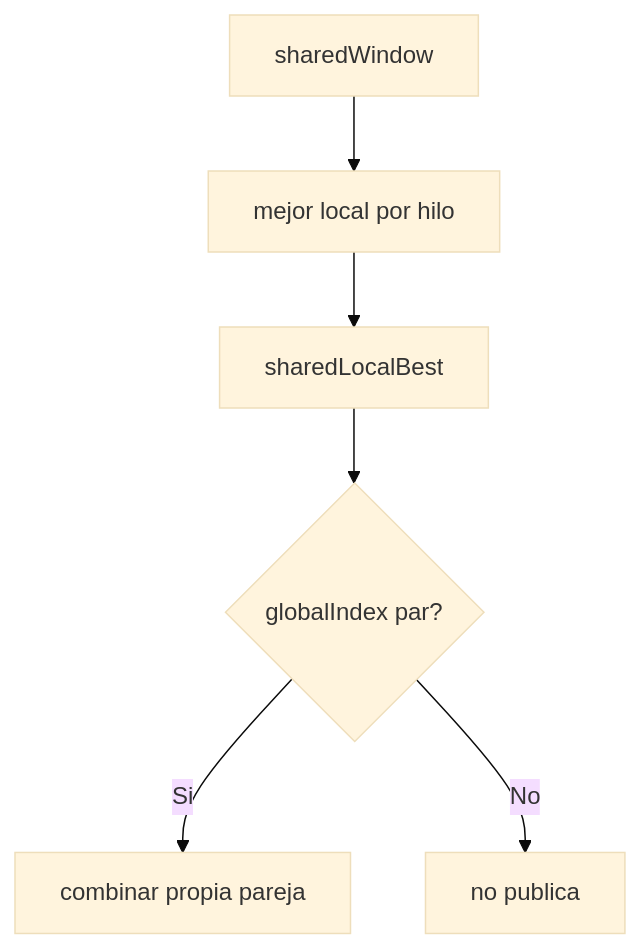
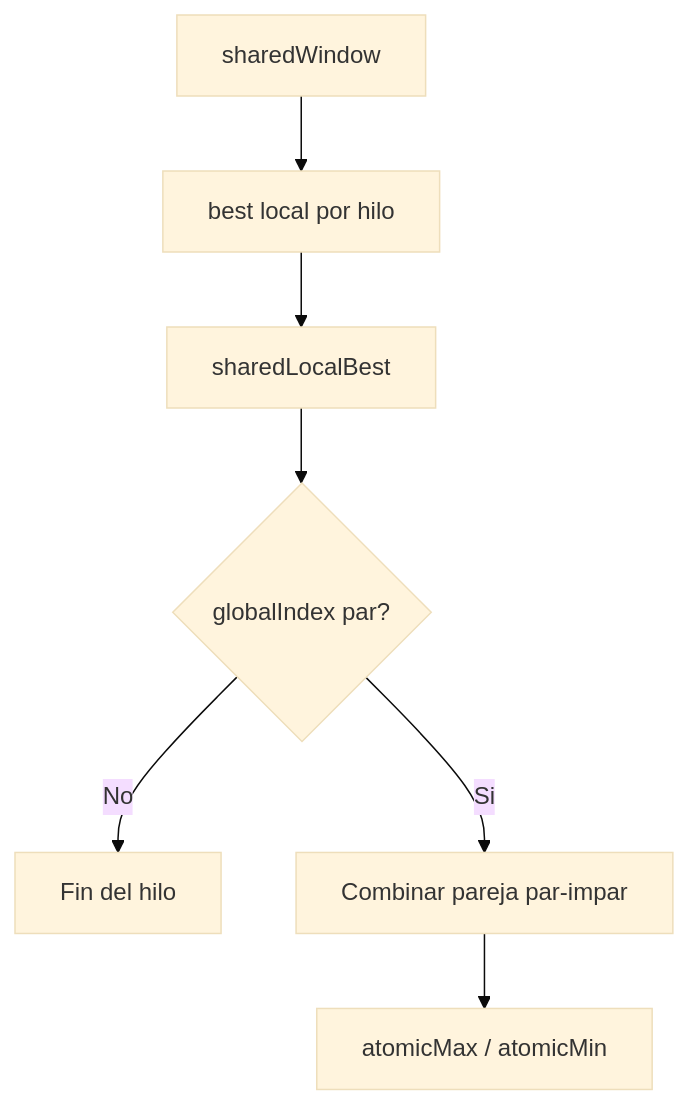
Before and after one commit to aferamb/pap_air: diagram 21 of 30 in DOCUMENTACION_COMPLETA_PAP_AIR.md, drawn with Mermaid (base theme). The commit also changed other lines of this file and 1 other file, not shown here.

````diff
--- a/DOCUMENTACION_COMPLETA_PAP_AIR.md
+++ b/DOCUMENTACION_COMPLETA_PAP_AIR.md
@@ -1341,8 +1564,9 @@
 ```mermaid
 flowchart TD
-    A[sharedWindow] --> B[mejor local por hilo]
+    A[sharedWindow] --> B[best local por hilo]
     B --> C[sharedLocalBest]
     C --> D{globalIndex par?}
-    D -- Si --> E[combinar propia pareja]
-    D -- No --> F[no publica]
+    D -- No --> E[Fin del hilo]
+    D -- Si --> F[Combinar pareja par-impar]
+    F --> G[atomicMax / atomicMin]
 ```
````
